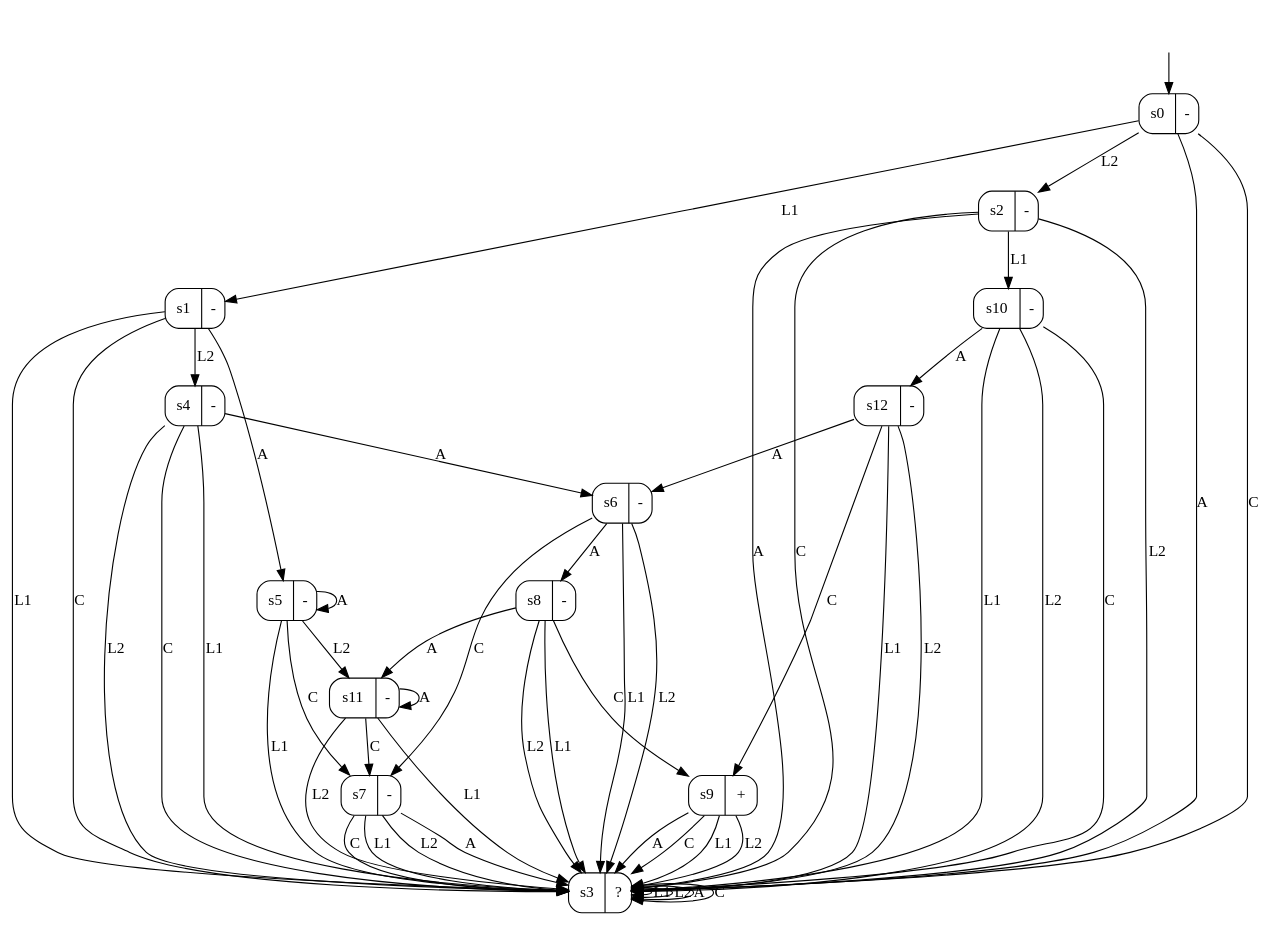
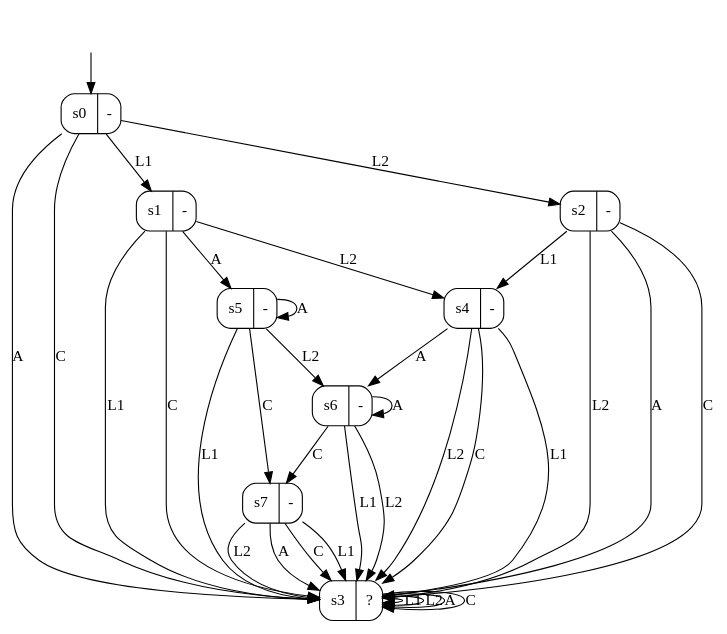
Before and after one commit to tomyaacov/lstar_dont_care: the diagram in output/magento_dfa3_0.3.dot, drawn with Graphviz. The commit also changed 22 other files, not shown here.

```diff
--- a/output/magento_dfa3_0.3.dot
+++ b/output/magento_dfa3_0.3.dot
@@ -1,69 +1,44 @@
 digraph "output/magento_dfa3_0.3" {
 s0 [label="s0|-", shape=record, style=rounded];
 s1 [label="s1|-", shape=record, style=rounded];
 s2 [label="s2|-", shape=record, style=rounded];
 s3 [label="s3|?", shape=record, style=rounded];
 s4 [label="s4|-", shape=record, style=rounded];
 s5 [label="s5|-", shape=record, style=rounded];
 s6 [label="s6|-", shape=record, style=rounded];
 s7 [label="s7|-", shape=record, style=rounded];
-s8 [label="s8|-", shape=record, style=rounded];
-s9 [label="s9|+", shape=record, style=rounded];
-s10 [label="s10|-", shape=record, style=rounded];
-s11 [label="s11|-", shape=record, style=rounded];
-s12 [label="s12|-", shape=record, style=rounded];
 s0 -> s1  [label=L1];
 s0 -> s2  [label=L2];
 s0 -> s3  [label=A];
 s0 -> s3  [label=C];
 s1 -> s3  [label=L1];
 s1 -> s4  [label=L2];
 s1 -> s5  [label=A];
 s1 -> s3  [label=C];
-s2 -> s10  [label=L1];
+s2 -> s4  [label=L1];
 s2 -> s3  [label=L2];
 s2 -> s3  [label=A];
 s2 -> s3  [label=C];
 s3 -> s3  [label=L1];
 s3 -> s3  [label=L2];
 s3 -> s3  [label=A];
 s3 -> s3  [label=C];
 s4 -> s3  [label=L1];
 s4 -> s3  [label=L2];
 s4 -> s6  [label=A];
 s4 -> s3  [label=C];
 s5 -> s3  [label=L1];
-s5 -> s11  [label=L2];
+s5 -> s6  [label=L2];
 s5 -> s5  [label=A];
 s5 -> s7  [label=C];
 s6 -> s3  [label=L1];
 s6 -> s3  [label=L2];
-s6 -> s8  [label=A];
+s6 -> s6  [label=A];
 s6 -> s7  [label=C];
 s7 -> s3  [label=L1];
 s7 -> s3  [label=L2];
 s7 -> s3  [label=A];
 s7 -> s3  [label=C];
-s8 -> s3  [label=L1];
-s8 -> s3  [label=L2];
-s8 -> s11  [label=A];
-s8 -> s9  [label=C];
-s9 -> s3  [label=L1];
-s9 -> s3  [label=L2];
-s9 -> s3  [label=A];
-s9 -> s3  [label=C];
-s10 -> s3  [label=L1];
-s10 -> s3  [label=L2];
-s10 -> s12  [label=A];
-s10 -> s3  [label=C];
-s11 -> s3  [label=L1];
-s11 -> s3  [label=L2];
-s11 -> s11  [label=A];
-s11 -> s7  [label=C];
-s12 -> s3  [label=L1];
-s12 -> s3  [label=L2];
-s12 -> s6  [label=A];
-s12 -> s9  [label=C];
 __start0 [label="", shape=none];
 __start0 -> s0  [label=""];
 }
```
